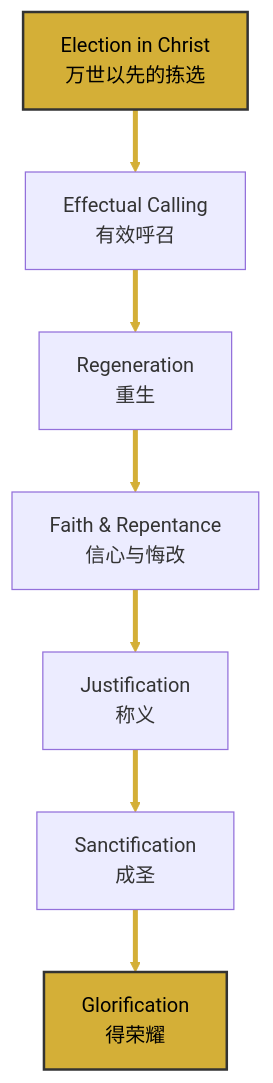
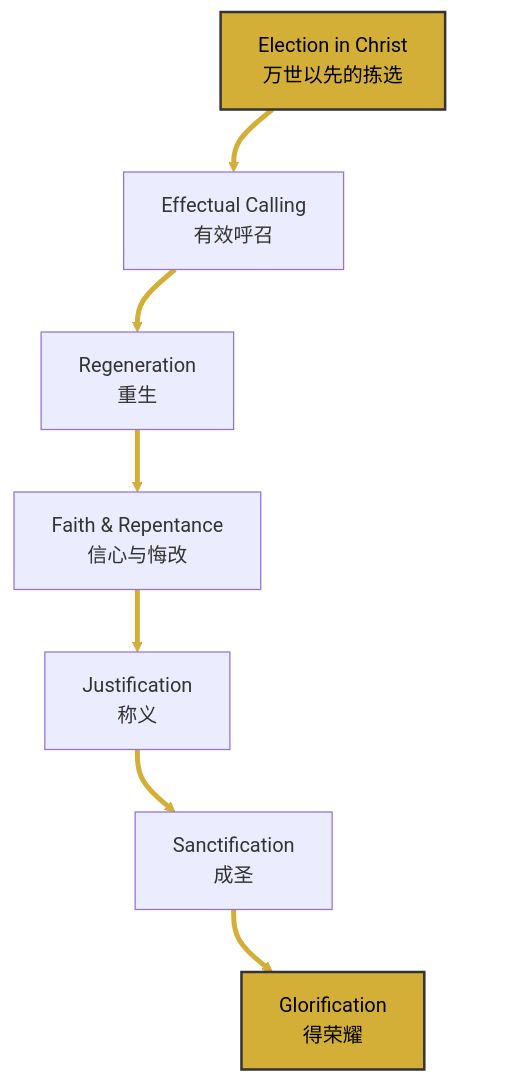
Before and after one commit to reformnow/reformnow.github.io: the diagram in _posts/2026-03-24-the-golden-chain-of-salvation.md, drawn with Mermaid.

Commit message:
Implement U-shaped flowchart for Golden Chain post

````diff
--- a/_posts/2026-03-24-the-golden-chain-of-salvation.md
+++ b/_posts/2026-03-24-the-golden-chain-of-salvation.md
@@ -38,12 +38,35 @@
 ```mermaid
 graph TD
-    S[Election in Christ<br/>万世以先的拣选] --> C1[Effectual Calling<br/>有效呼召]
-    C1 --> A[Regeneration<br/>重生]
-    A --> B[Faith & Repentance<br/>信心与悔改]
-    B --> C[Justification<br/>称义]
-    C --> D[Sanctification<br/>成圣]
-    D --> E[Glorification<br/>得荣耀]
+    %% Define nodes with bilingual labels
+    S[Election in Christ<br/>万世以先的拣选]
+    C1[Effectual Calling<br/>有效呼召]
+    A[Regeneration<br/>重生]
+    B[Faith & Repentance<br/>信心与悔改]
+    C[Justification<br/>称义]
+    D[Sanctification<br/>成圣]
+    E[Glorification<br/>得荣耀]
+    
+    %% Invisible spacer nodes to force the U-shape
+    spacer1[ ]
+    spacer2[ ]
+    
+    %% Actual flow (The Golden Chain)
+    S --> C1
+    C1 --> A
+    A --> B
+    B --> C
+    C --> D
+    D --> E
+    
+    %% Structural alignment (forcing side-by-side columns)
+    S ~~~ spacer1 ~~~ E
+    C1 ~~~ spacer2 ~~~ D
+    
+    %% Styling
     style S fill:#d4af37,stroke:#333,stroke-width:2px,color:#000
     style E fill:#d4af37,stroke:#333,stroke-width:2px,color:#000
+    style spacer1 fill:none,stroke:none
+    style spacer2 fill:none,stroke:none
     linkStyle 0,1,2,3,4,5 stroke:#d4af37,stroke-width:4px
+    linkStyle 6,7,8,9 stroke:none
 ```
````
